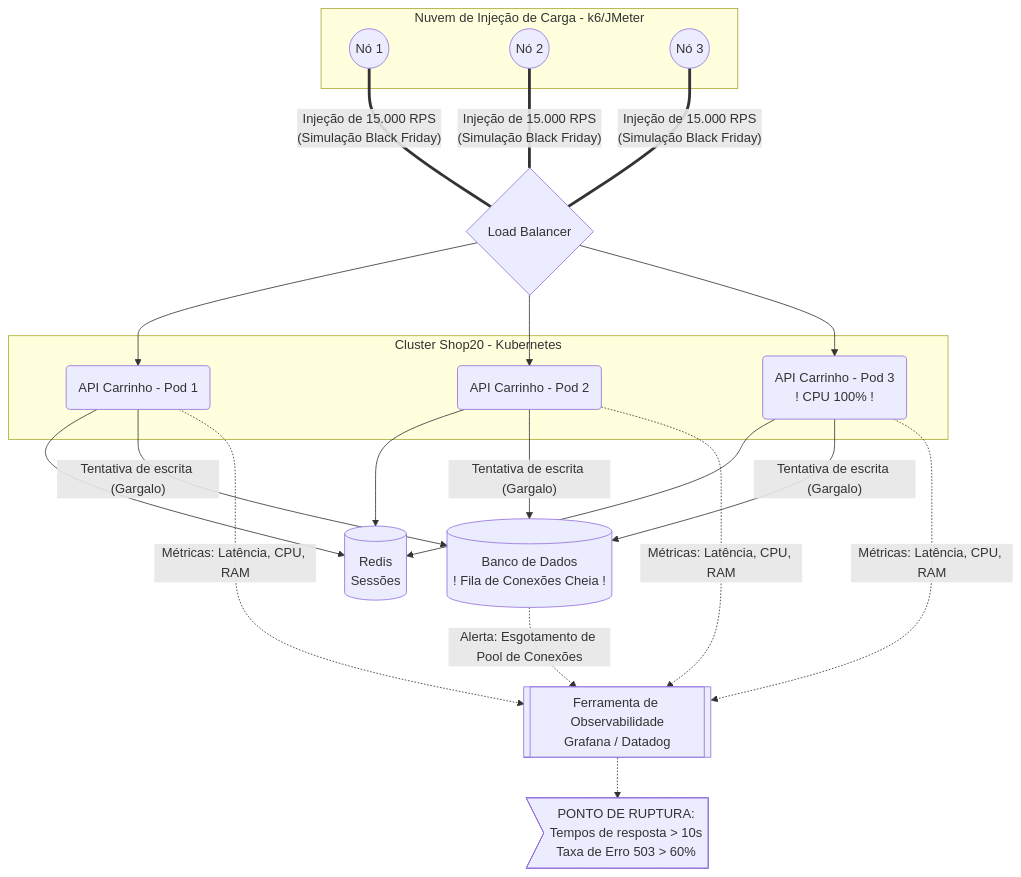
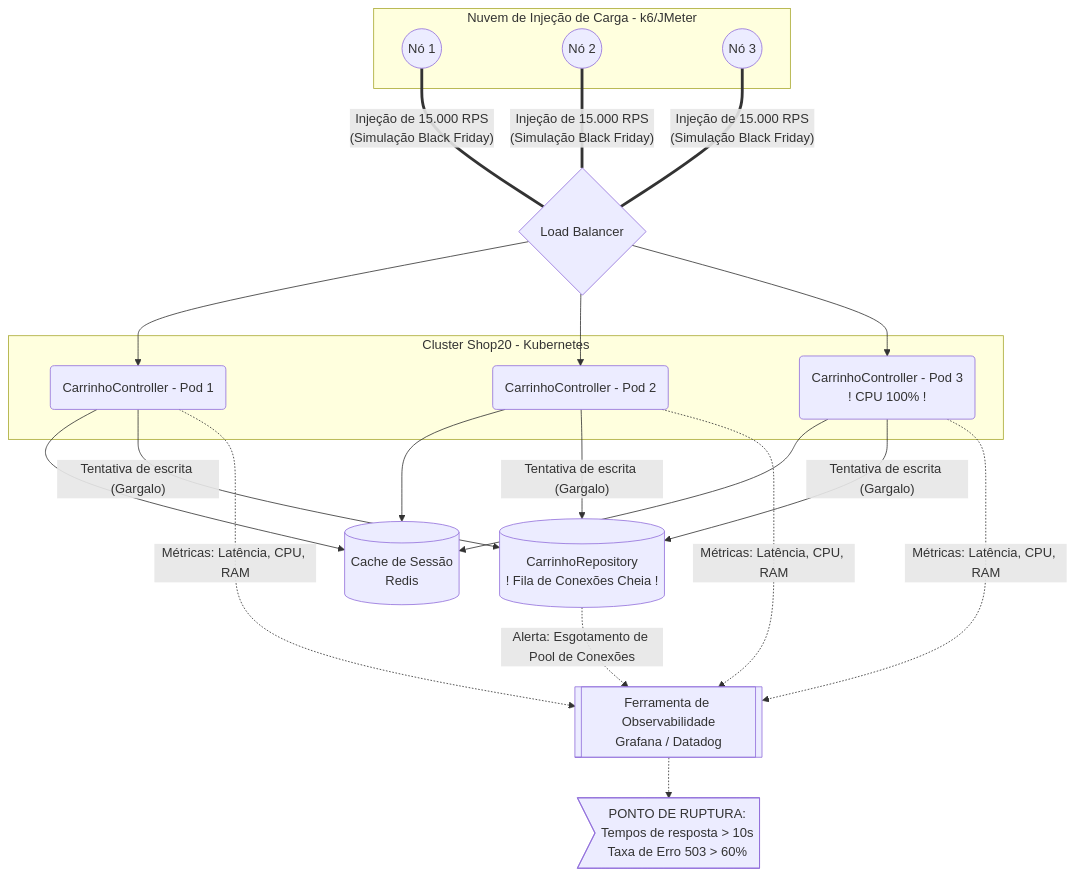
One commit to omarhenriqu3/meu-estudo-vvts changed diagram 12 of 13 in README.md. Above: the diagram before and after it, drawn with Mermaid. The commit also changed other lines of this file, not shown here.

````diff
--- a/README.md
+++ b/README.md
@@ -526,43 +531,43 @@
 ```mermaid
 flowchart TD
     %% Nós do Gerador de Carga
     subgraph Geradores de Carga [Nuvem de Injeção de Carga - k6/JMeter]
         G1((Nó 1))
         G2((Nó 2))
         G3((Nó 3))
     end
 
     %% Componentes do Sistema
     LB{Load Balancer}
     
     subgraph Cluster API [Cluster Shop20 - Kubernetes]
-        API1(API Carrinho - Pod 1)
-        API2(API Carrinho - Pod 2)
-        API3(API Carrinho - Pod 3<br/>! CPU 100% !)
+        API1(CarrinhoController - Pod 1)
+        API2(CarrinhoController - Pod 2)
+        API3(CarrinhoController - Pod 3<br/>! CPU 100% !)
     end
 
-    Cache[(Redis<br/>Sessões)]
-    DB[(Banco de Dados<br/>! Fila de Conexões Cheia !)]
+    Cache[(Cache de Sessão<br/>Redis)]
+    DB[(CarrinhoRepository<br/>! Fila de Conexões Cheia !)]
     
     %% Observabilidade
     Monitor[[Ferramenta de Observabilidade<br/>Grafana / Datadog]]
     
-    %% Alerta de Ruptura (Corrigido para sintaxe de Flowchart)
+    %% Alerta de Ruptura
     Alerta>PONTO DE RUPTURA:<br/>Tempos de resposta > 10s<br/>Taxa de Erro 503 > 60%]
 
     %% Relações de Tráfego
     G1 & G2 & G3 == "Injeção de 15.000 RPS<br/>(Simulação Black Friday)" === LB
     
     LB --> API1
     LB --> API2
     LB --> API3
 
     API1 & API2 & API3 --> Cache
     API1 & API2 & API3 -- "Tentativa de escrita (Gargalo)" --> DB
 
     %% Relações de Monitoramento
     API1 & API2 & API3 -. "Métricas: Latência, CPU, RAM" .-> Monitor
     DB -. "Alerta: Esgotamento de Pool de Conexões" .-> Monitor
     
     Monitor -.-> Alerta
- ```
+```
````
